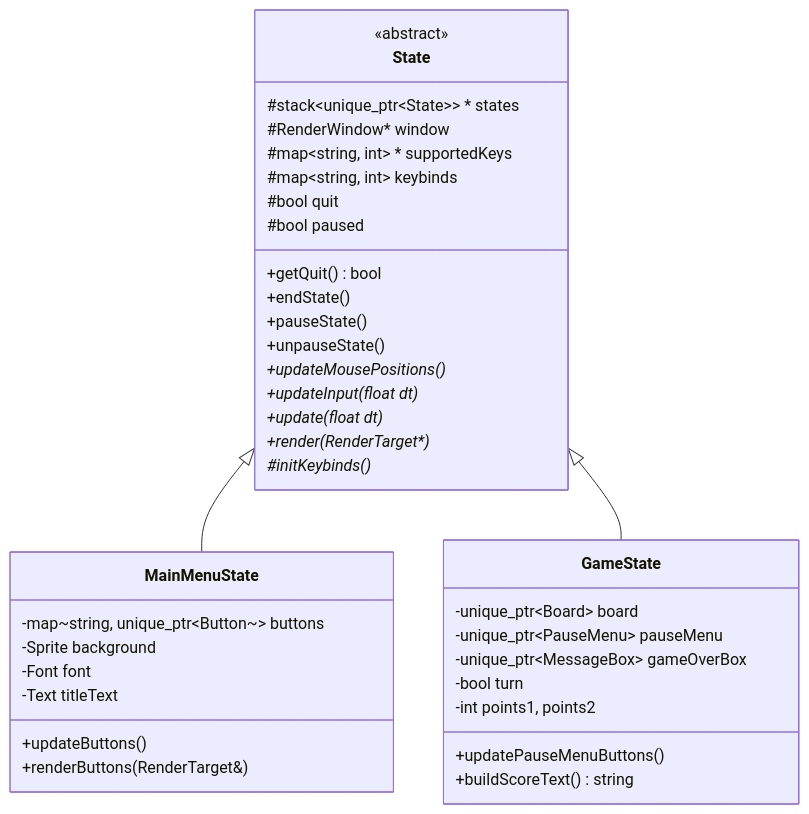
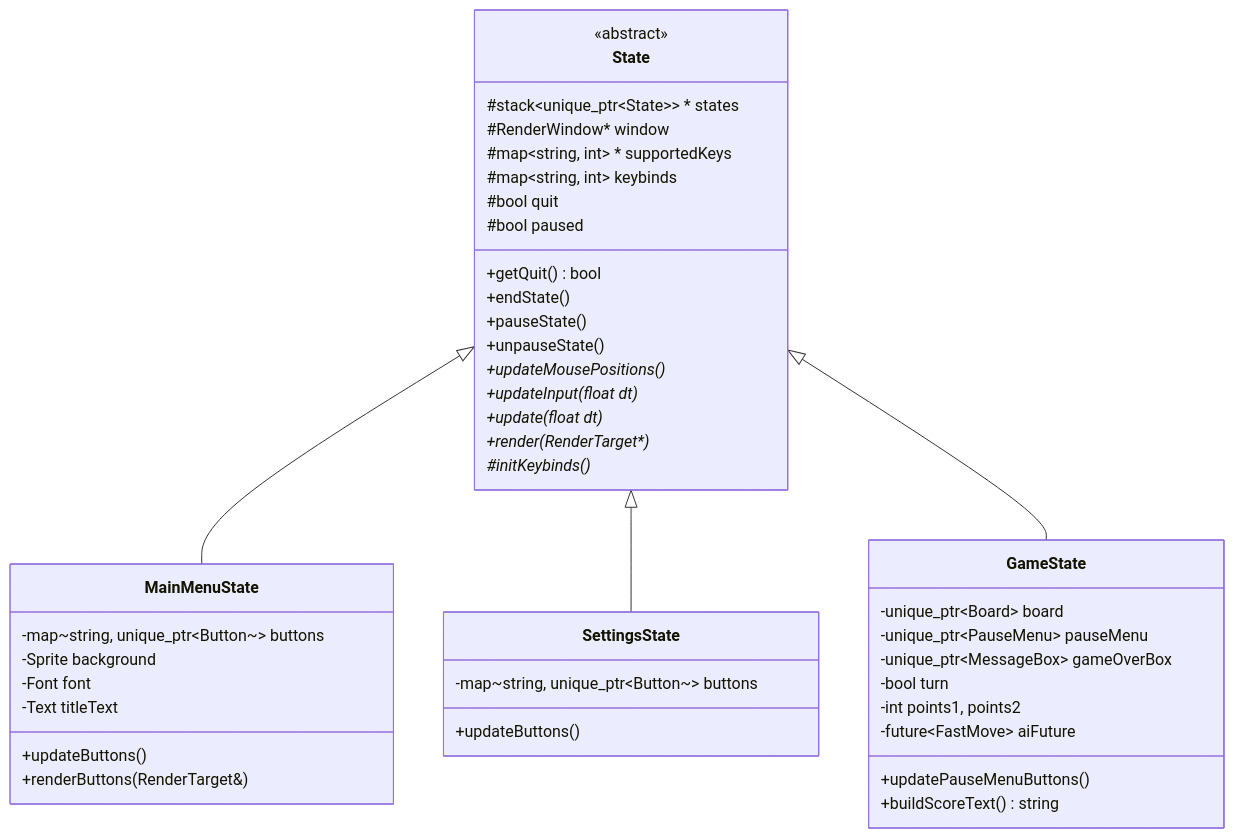
The second of 3 diagrams in docs/architecture.md (Escafandra-Projects/SimplyChess), drawn with Mermaid before and after one commit. The commit also changed other lines of this file and 16 other files, not shown here.

````diff
--- a/docs/architecture.md
+++ b/docs/architecture.md
@@ -78,43 +88,50 @@
 ```mermaid
 classDiagram
     class State {
         <<abstract>>
         #stack~unique_ptr~State~~ * states
         #RenderWindow* window
         #map~string, int~ * supportedKeys
         #map~string, int~ keybinds
         #bool quit
         #bool paused
         +getQuit() bool
         +endState()
         +pauseState()
         +unpauseState()
         +updateMousePositions()*
         +updateInput(float dt)*
         +update(float dt)*
         +render(RenderTarget*)*
         #initKeybinds()*
     }
 
     class MainMenuState {
         -map~string, unique_ptr~Button~~ buttons
         -Sprite background
         -Font font
         -Text titleText
         +updateButtons()
         +renderButtons(RenderTarget&)
     }
 
+    class SettingsState {
+        -map~string, unique_ptr~Button~~ buttons
+        +updateButtons()
+    }
+
     class GameState {
         -unique_ptr~Board~ board
         -unique_ptr~PauseMenu~ pauseMenu
         -unique_ptr~MessageBox~ gameOverBox
         -bool turn
         -int points1, points2
+        -future~FastMove~ aiFuture
         +updatePauseMenuButtons()
         +buildScoreText() string
     }
 
     State <|-- MainMenuState
+    State <|-- SettingsState
     State <|-- GameState
 ```
````
